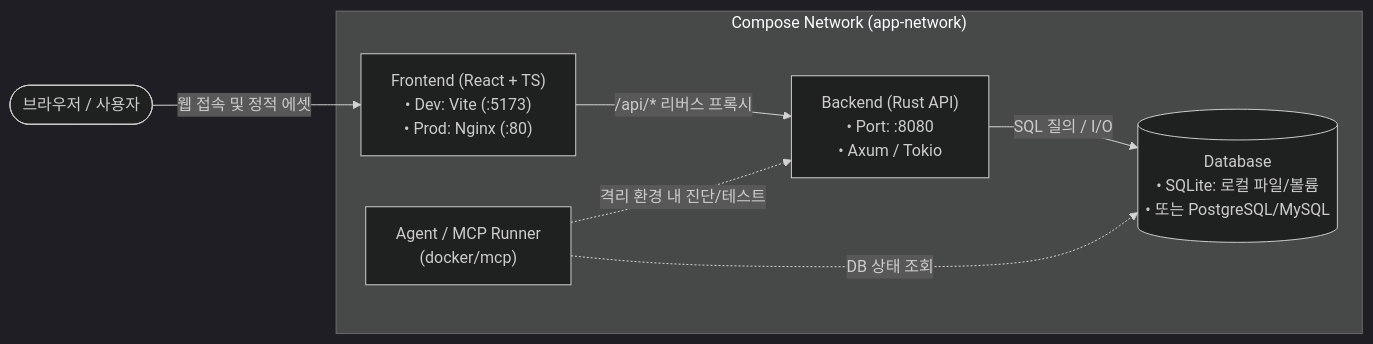
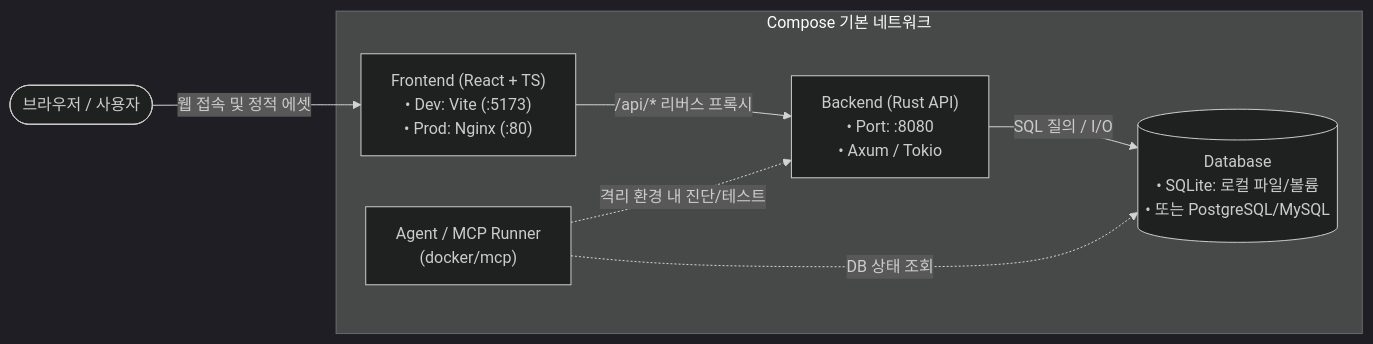
One commit to kjayvam/file-template changed the second of 2 diagrams in docs/docker/README.md. Above: the diagram before and after it, drawn with Mermaid (dark theme). The commit also changed other lines of this file and 58 other files, not shown here.

````diff
--- a/docs/docker/README.md
+++ b/docs/docker/README.md
@@ -35,17 +35,17 @@
 ```mermaid
 flowchart LR
     Client(["브라우저 / 사용자"])
 
-    subgraph DockerNetwork["Compose Network (app-network)"]
+    subgraph DockerNetwork["Compose 기본 네트워크"]
         Frontend["Frontend (React + TS)<br/>• Dev: Vite (:5173)<br/>• Prod: Nginx (:80)"]
         Backend["Backend (Rust API)<br/>• Port: :8080<br/>• Axum / Tokio"]
         Database[("Database<br/>• SQLite: 로컬 파일/볼륨<br/>• 또는 PostgreSQL/MySQL")]
         MCPAgent["Agent / MCP Runner<br/>(docker/mcp)"]
     end
 
     Client -->|웹 접속 및 정적 에셋| Frontend
     Frontend -->|/api/* 리버스 프록시| Backend
     Backend -->|SQL 질의 / I/O| Database
     MCPAgent -.->|격리 환경 내 진단/테스트| Backend
     MCPAgent -.->|DB 상태 조회| Database
 ```
````
